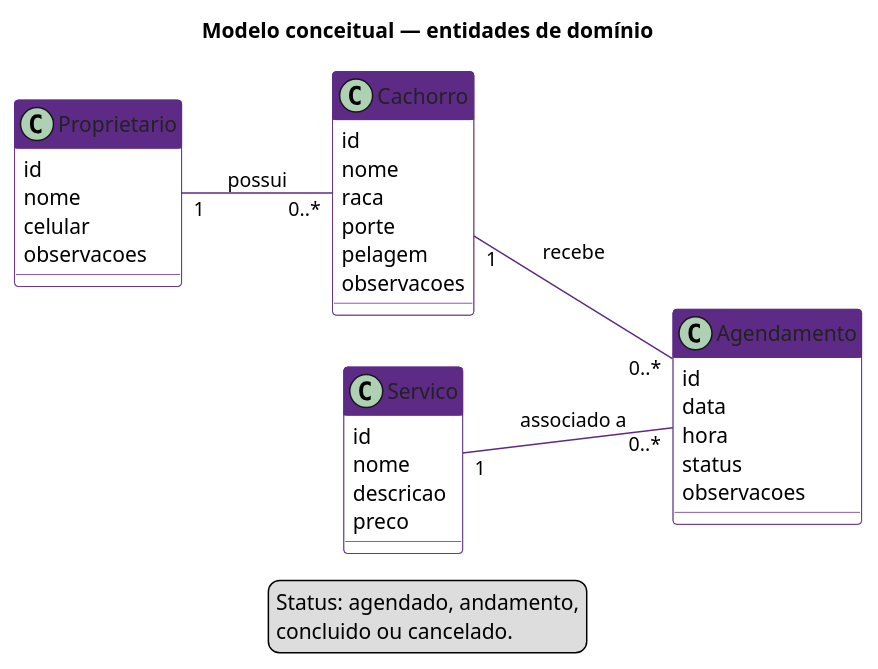
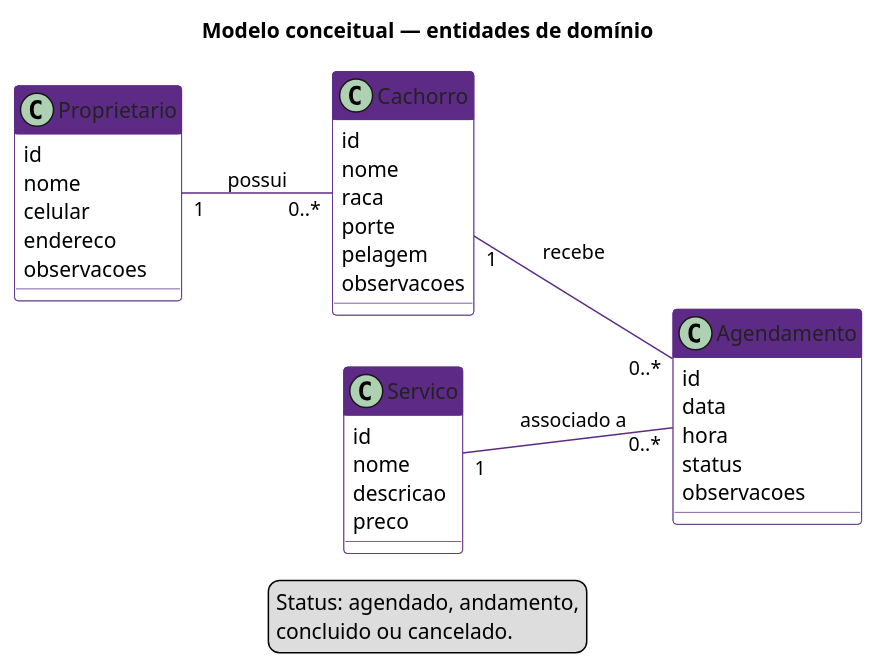
One commit to 7lipe7/PI_2_semestre changed the diagram in docks/diagramas/modelo-conceitual.puml. Above: the diagram before and after it, drawn with PlantUML. The commit also changed 2 other files, not shown here.

Commit message:
feat: adiciona atributo 'endereco' à classe Proprietario nos diagramas

```diff
--- a/docks/diagramas/modelo-conceitual.puml
+++ b/docks/diagramas/modelo-conceitual.puml
@@ -2,56 +2,57 @@
 @startuml
 title Modelo conceitual — entidades de domínio
 
 left to right direction
 skinparam shadowing false
 skinparam classAttributeIconSize 0
 skinparam class {
   BackgroundColor white
   BorderColor #5D2B86
   HeaderBackgroundColor #5D2B86
   FontColor #222222
   HeaderFontColor white
 }
 skinparam ArrowColor #5D2B86
 
 class Proprietario {
   id
   nome
   celular
+  endereco
   observacoes
 }
 
 class Cachorro {
   id
   nome
   raca
   porte
   pelagem
   observacoes
 }
 
 class Servico {
   id
   nome
   descricao
   preco
 }
 
 class Agendamento {
   id
   data
   hora
   status
   observacoes
 }
 
 Proprietario "1" -- "0..*" Cachorro : possui
 Cachorro "1" -- "0..*" Agendamento : recebe
 Servico "1" -- "0..*" Agendamento : associado a
 
 legend bottom
   Status: agendado, andamento,
   concluido ou cancelado.
 endlegend
 
 @enduml
```
